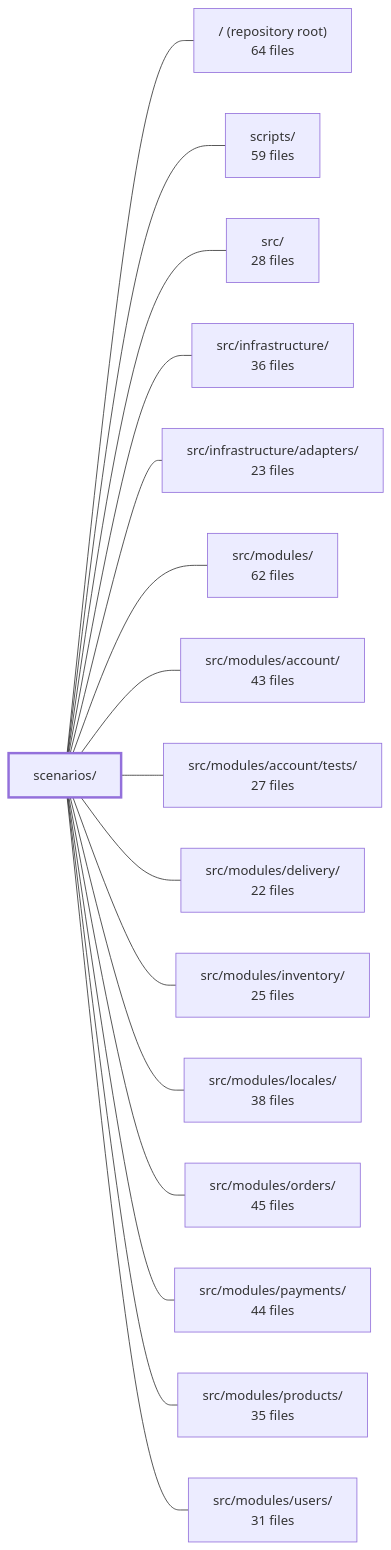
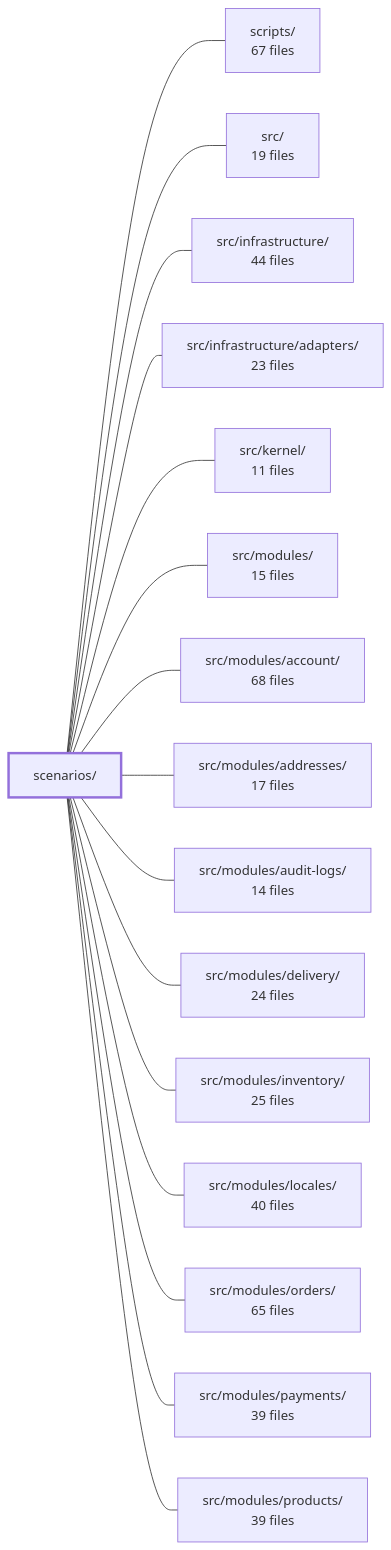
One commit to Guebbit/boilerplate-node-backend changed the diagram in .2brain/modules/boilerplate-node-backend_scenarios.md. Above: the diagram before and after it, drawn with Mermaid. The commit also changed other lines of this file and 137 other files, not shown here.

````diff
--- a/.2brain/modules/boilerplate-node-backend_scenarios.md
+++ b/.2brain/modules/boilerplate-node-backend_scenarios.md
@@ -39,35 +40,35 @@
 ```mermaid
 flowchart LR
     m_scenarios["scenarios/"]
-    m_root["/ (repository root)<br/>64 files"]
-    m_scripts["scripts/<br/>59 files"]
-    m_src["src/<br/>28 files"]
-    m_src_infrastructure["src/infrastructure/<br/>36 files"]
+    m_scripts["scripts/<br/>67 files"]
+    m_src["src/<br/>19 files"]
+    m_src_infrastructure["src/infrastructure/<br/>44 files"]
     m_src_infrastructure_adapters["src/infrastructure/adapters/<br/>23 files"]
-    m_src_modules["src/modules/<br/>62 files"]
-    m_src_modules_account["src/modules/account/<br/>43 files"]
-    m_src_modules_account_tests["src/modules/account/tests/<br/>27 files"]
-    m_src_modules_delivery["src/modules/delivery/<br/>22 files"]
+    m_src_kernel["src/kernel/<br/>11 files"]
+    m_src_modules["src/modules/<br/>15 files"]
+    m_src_modules_account["src/modules/account/<br/>68 files"]
+    m_src_modules_addresses["src/modules/addresses/<br/>17 files"]
+    m_src_modules_audit_logs["src/modules/audit-logs/<br/>14 files"]
+    m_src_modules_delivery["src/modules/delivery/<br/>24 files"]
     m_src_modules_inventory["src/modules/inventory/<br/>25 files"]
-    m_src_modules_locales["src/modules/locales/<br/>38 files"]
-    m_src_modules_orders["src/modules/orders/<br/>45 files"]
-    m_src_modules_payments["src/modules/payments/<br/>44 files"]
-    m_src_modules_products["src/modules/products/<br/>35 files"]
-    m_src_modules_users["src/modules/users/<br/>31 files"]
-    m_scenarios --- m_root
+    m_src_modules_locales["src/modules/locales/<br/>40 files"]
+    m_src_modules_orders["src/modules/orders/<br/>65 files"]
+    m_src_modules_payments["src/modules/payments/<br/>39 files"]
+    m_src_modules_products["src/modules/products/<br/>39 files"]
     m_scenarios --- m_scripts
     m_scenarios --- m_src
     m_scenarios --- m_src_infrastructure
     m_scenarios --- m_src_infrastructure_adapters
+    m_scenarios --- m_src_kernel
     m_scenarios --- m_src_modules
     m_scenarios --- m_src_modules_account
-    m_scenarios --- m_src_modules_account_tests
+    m_scenarios --- m_src_modules_addresses
+    m_scenarios --- m_src_modules_audit_logs
     m_scenarios --- m_src_modules_delivery
     m_scenarios --- m_src_modules_inventory
     m_scenarios --- m_src_modules_locales
     m_scenarios --- m_src_modules_orders
     m_scenarios --- m_src_modules_payments
     m_scenarios --- m_src_modules_products
-    m_scenarios --- m_src_modules_users
     style m_scenarios stroke-width:3px
 ```
````
